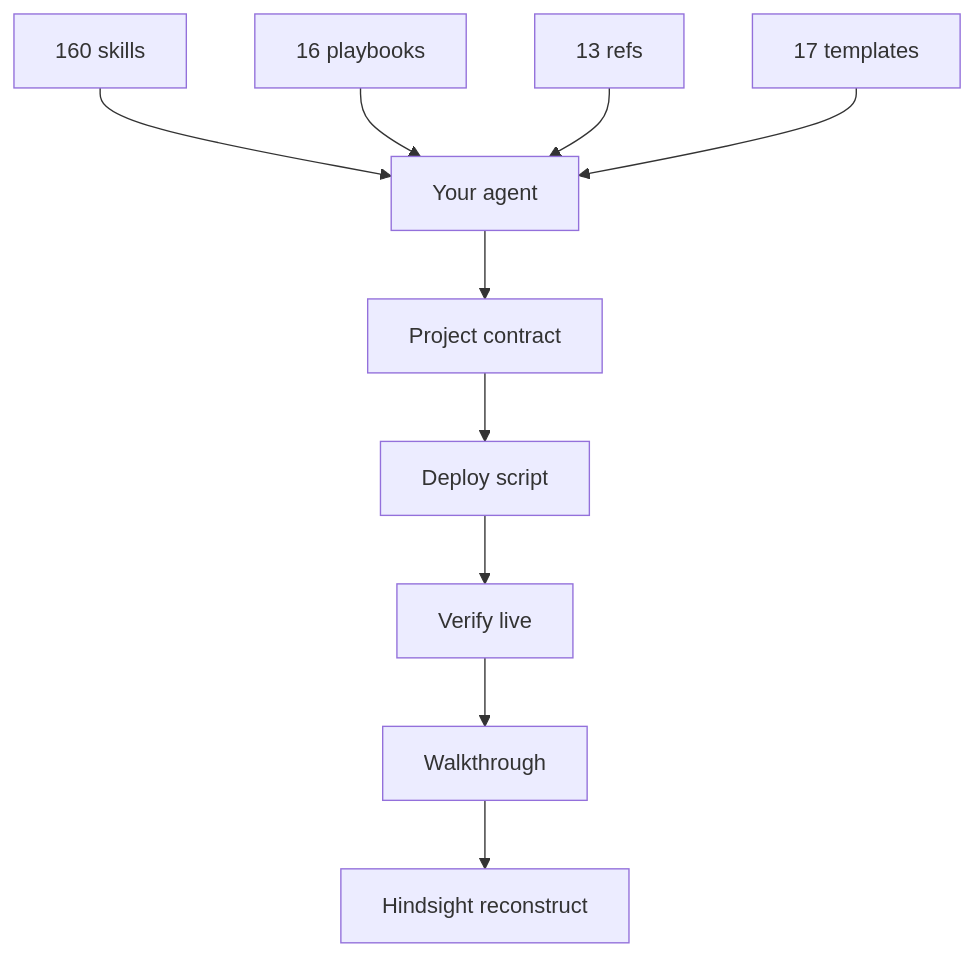
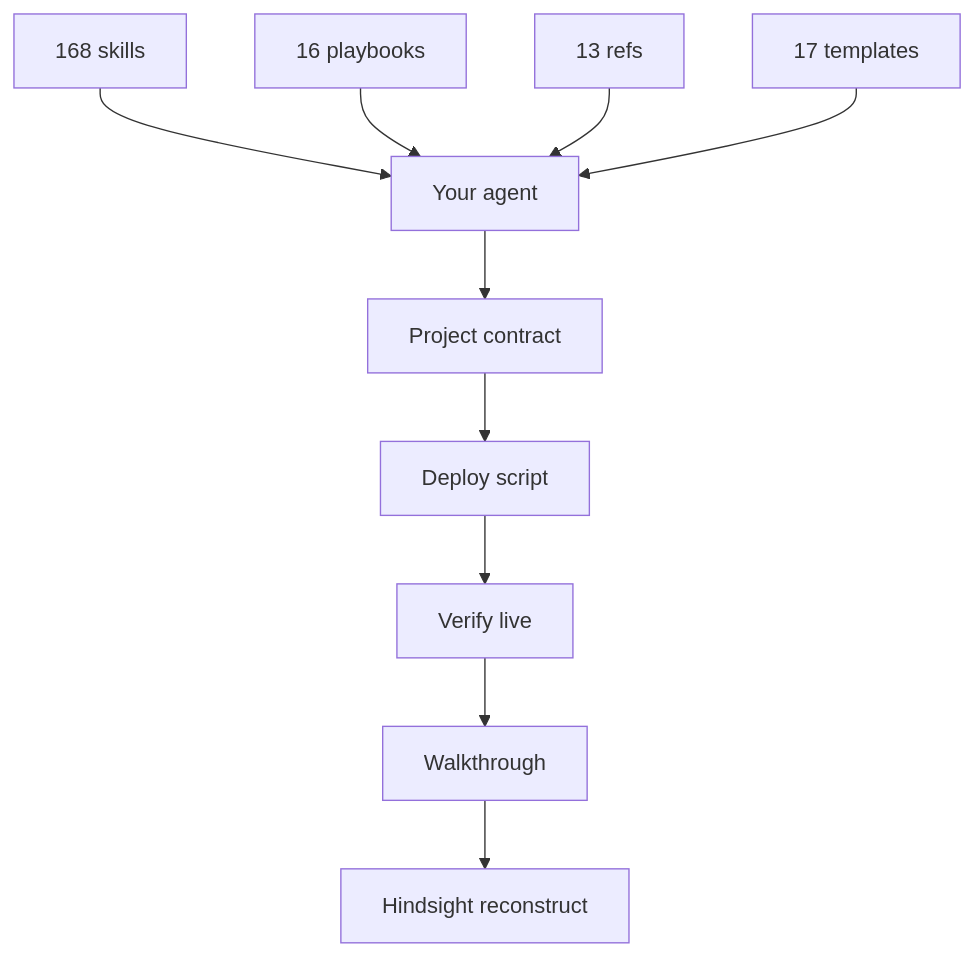
One commit to Nonarkara/dr-non-vibecoding-skills changed the third of 3 diagrams in README.md. Above: the diagram before and after it, drawn with Mermaid. The commit also changed other lines of this file and 23 other files, not shown here.

````diff
--- a/README.md
+++ b/README.md
@@ -441,12 +442,12 @@
 ```mermaid
 flowchart TB
-  S["160 skills"] --> A["Your agent"]
+  S["168 skills"] --> A["Your agent"]
   P["16 playbooks"] --> A
   R["13 refs"] --> A
   T["17 templates"] --> A
   A --> W["Project contract"]
   W --> D["Deploy script"]
   D --> V["Verify live"]
   V --> H["Walkthrough"]
   H --> L["Hindsight reconstruct"]
 ```
````
